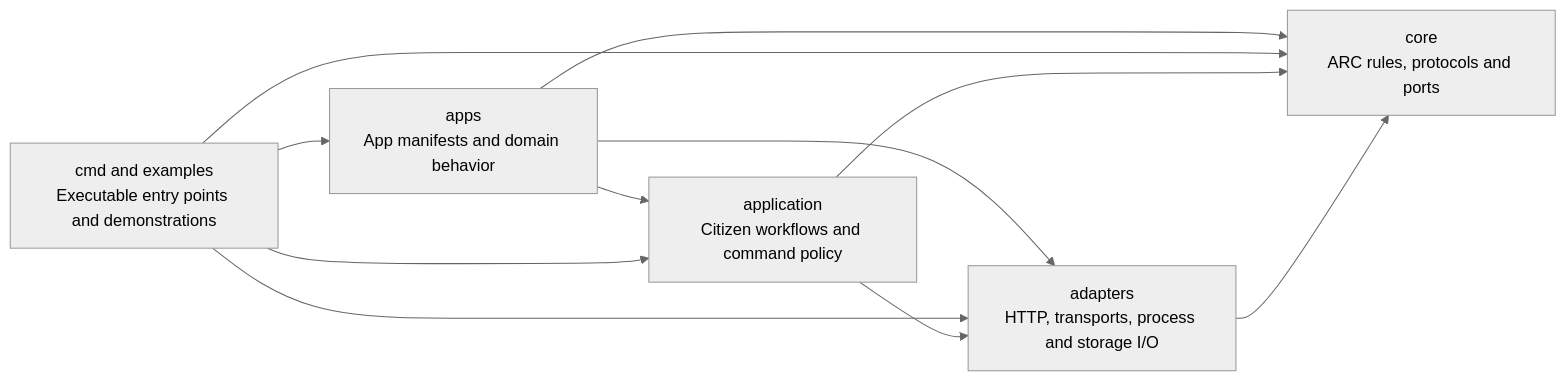
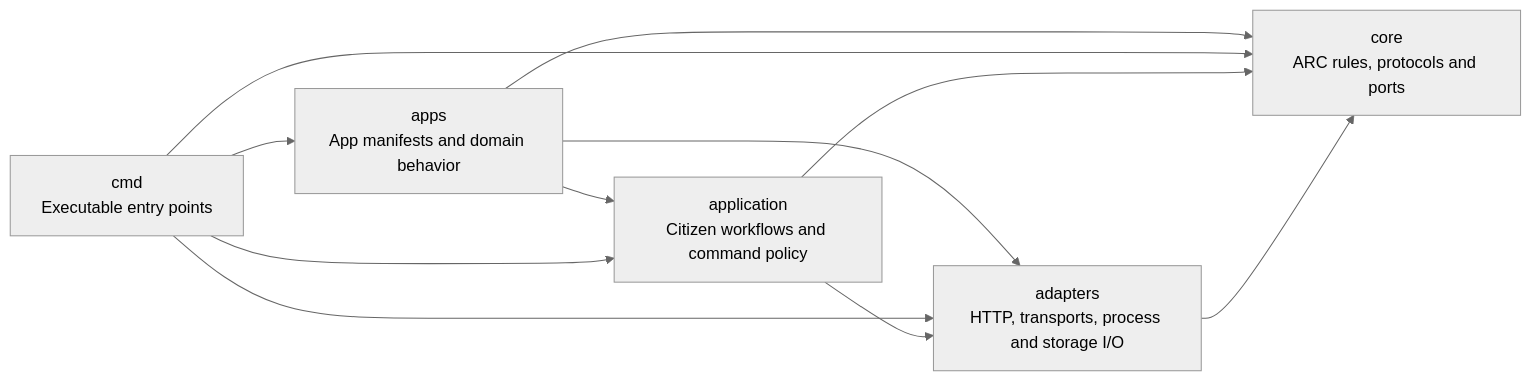
One commit to gezibash/arc changed the diagram in docs/ARCHITECTURE.md. Above: the diagram before and after it, drawn with Mermaid (neutral theme). The commit also changed other lines of this file and 37 other files, not shown here.

````diff
--- a/docs/ARCHITECTURE.md
+++ b/docs/ARCHITECTURE.md
@@ -7,18 +7,18 @@
 ```mermaid
 flowchart LR
-    ENTRY["cmd and examples<br/>Executable entry points and demonstrations"]
+    ENTRY["cmd<br/>Executable entry points"]
     APPS["apps<br/>App manifests and domain behavior"]
     APP["application<br/>Citizen workflows and command policy"]
     ADAPTER["adapters<br/>HTTP, transports, process and storage I/O"]
     CORE["core<br/>ARC rules, protocols and ports"]
     ENTRY --> APPS
     APPS --> APP
     APPS --> ADAPTER
     APPS --> CORE
     ENTRY --> APP
     ENTRY --> ADAPTER
     ENTRY --> CORE
     APP --> ADAPTER
     APP --> CORE
     ADAPTER --> CORE
 ```
````
